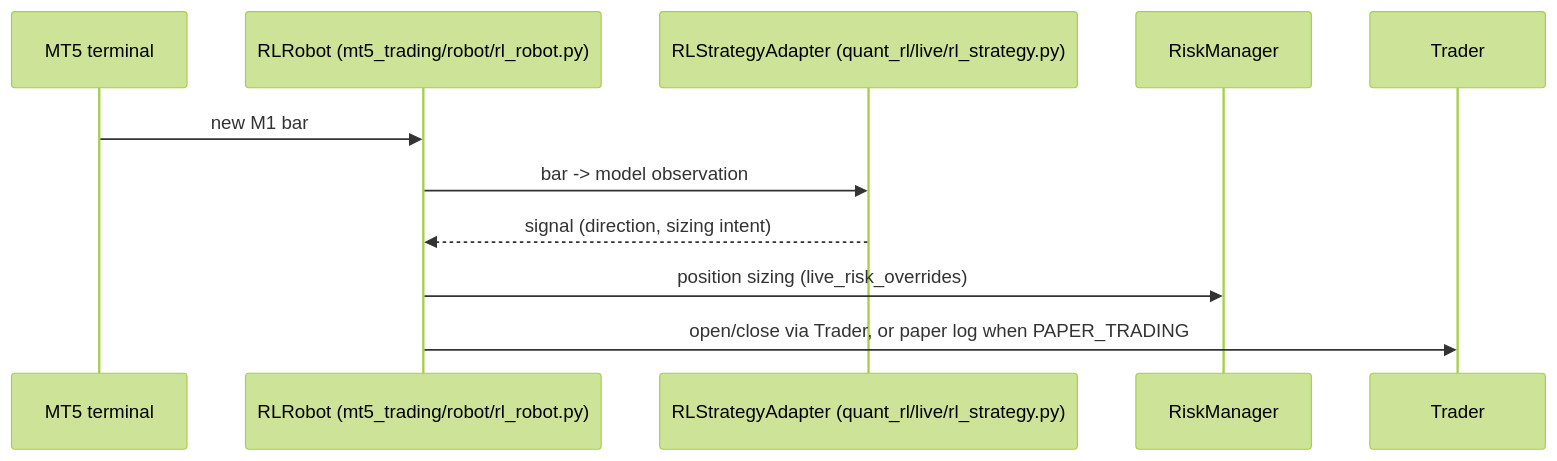
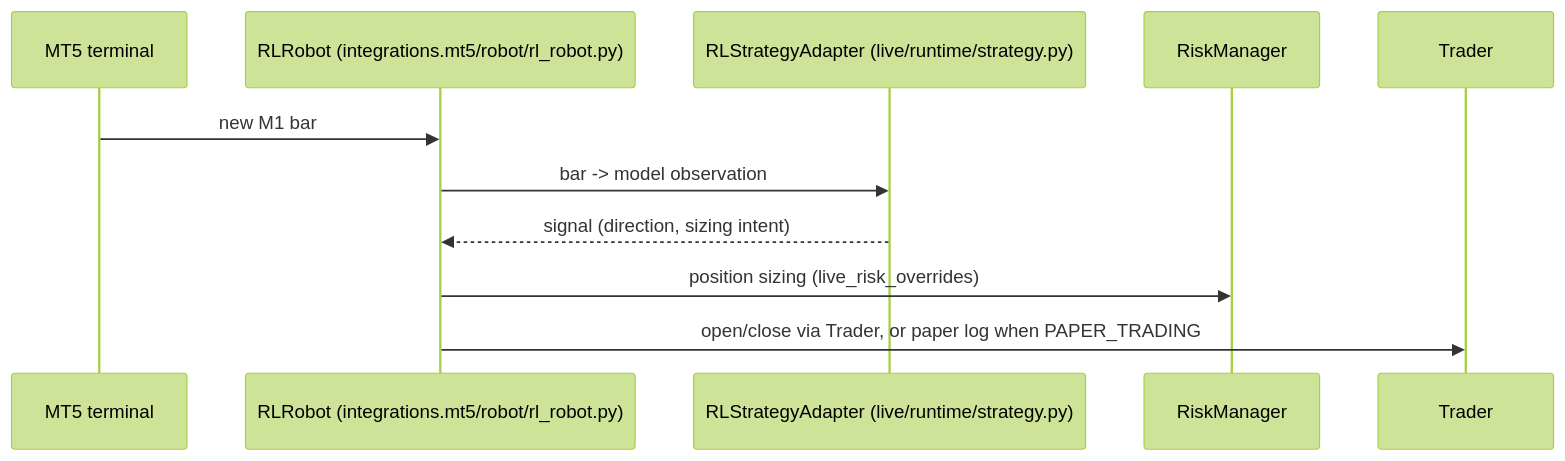
One commit to nntk072/Aalto_MS_Thesis changed the second of 4 diagrams in docs/architecture.md. Above: the diagram before and after it, drawn with Mermaid (forest theme). The commit also changed other lines of this file and 945 other files, not shown here.

First line of the commit message:
Complete repository-wide domain architecture refactor

````diff
--- a/docs/architecture.md
+++ b/docs/architecture.md
@@ -233,13 +233,13 @@
 ```mermaid
 sequenceDiagram
     participant MT5 as MT5 terminal
-    participant R as RLRobot (mt5_trading/robot/rl_robot.py)
-    participant SA as RLStrategyAdapter (quant_rl/live/rl_strategy.py)
+    participant R as RLRobot (integrations.mt5/robot/rl_robot.py)
+    participant SA as RLStrategyAdapter (live/runtime/strategy.py)
     participant RM as RiskManager
     participant TR as Trader
     MT5->>R: new M1 bar
     R->>SA: bar -> model observation
     SA-->>R: signal (direction, sizing intent)
     R->>RM: position sizing (live_risk_overrides)
     R->>TR: open/close via Trader, or paper log when PAPER_TRADING
 ```
````
